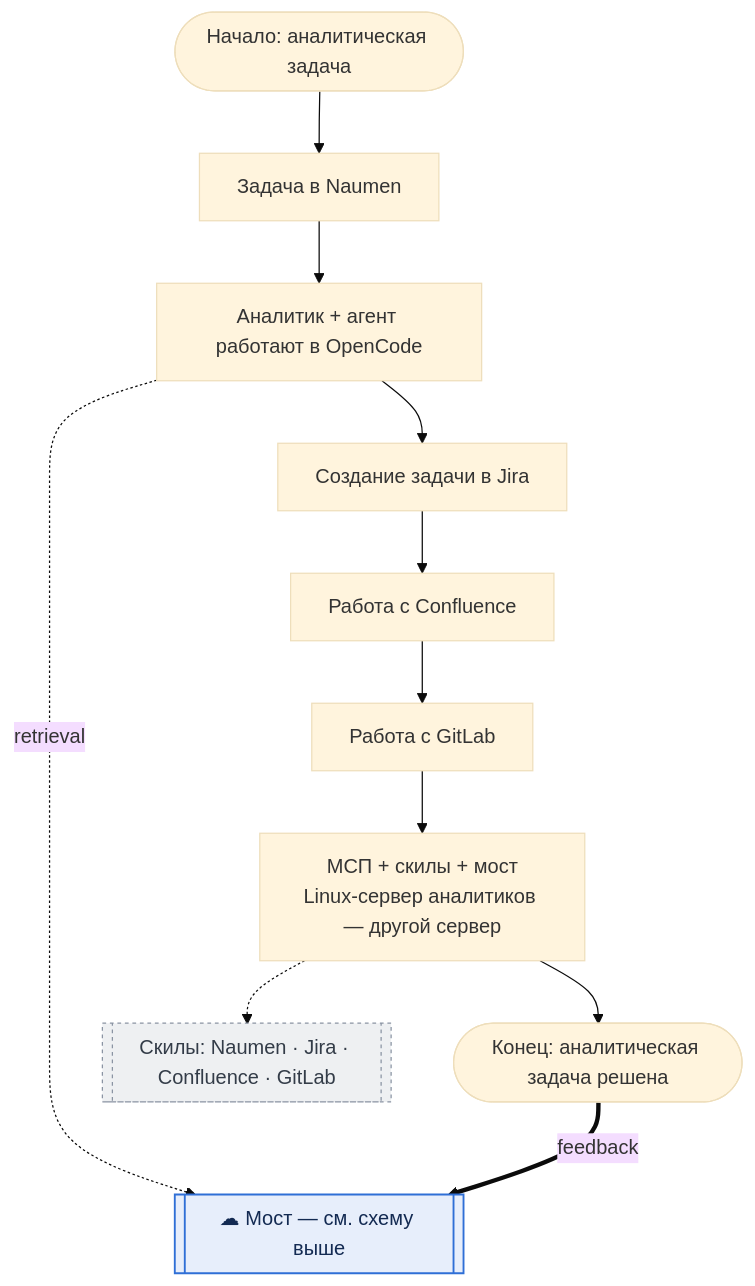
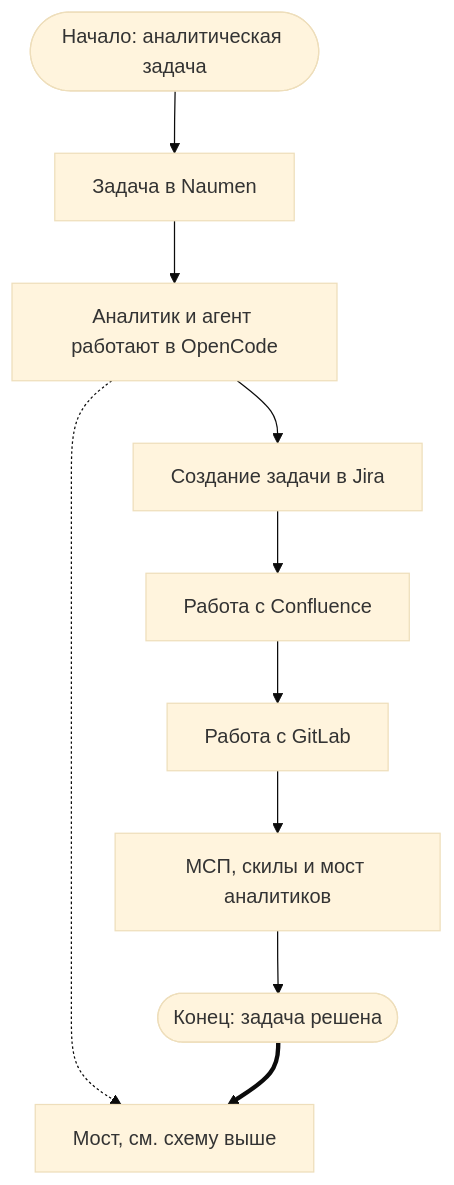
One commit to puginanatoly-stack/NeuroLink_1C changed the third of 3 diagrams in architecture/README.md. Above: the diagram before and after it, drawn with Mermaid (base theme). The commit also changed other lines of this file, not shown here.

First line of the commit message:
Simplify mermaid diagrams for GitHub rendering compatibility

````diff
--- a/architecture/README.md
+++ b/architecture/README.md
@@ -77,20 +69,12 @@
 ```mermaid
 flowchart TB
-    STARTB(["Начало: аналитическая задача"]) --> NAUMEN["Задача в Naumen"]
-    NAUMEN --> WRITE_B["Аналитик + агент работают в OpenCode"]
-    WRITE_B --> JIRA["Создание задачи в Jira"]
-    JIRA --> CONF["Работа с Confluence"]
-    CONF --> GITLAB["Работа с GitLab"]
-    GITLAB --> BRIDGE_B["МСП + скилы + мост<br/>Linux-сервер аналитиков — другой сервер"]
-    BRIDGE_B --> ENDOKB(["Конец: аналитическая задача решена"])
-
-    CLOUD_B[["☁ Мост — см. схему выше"]]
-    WRITE_B -. retrieval .-> CLOUD_B
-    ENDOKB ==>|feedback| CLOUD_B
-    BRIDGE_B -.-> SKILLSB[["Скилы: Naumen · Jira · Confluence · GitLab"]]
-
-    classDef cloud fill:#e7eefb,stroke:#2f6fd6,color:#132a52,stroke-width:1.5px;
-    classDef detail fill:#eef0f2,stroke:#8a94a3,color:#333c48,stroke-width:1px,stroke-dasharray:3 3;
-    class CLOUD_B cloud;
-    class SKILLSB detail;
+    STARTB([Начало: аналитическая задача]) --> NAUMEN[Задача в Naumen]
+    NAUMEN --> WRITE_B[Аналитик и агент работают в OpenCode]
+    WRITE_B --> JIRA[Создание задачи в Jira]
+    JIRA --> CONF[Работа с Confluence]
+    CONF --> GITLAB[Работа с GitLab]
+    GITLAB --> BRIDGE_B[МСП, скилы и мост аналитиков]
+    BRIDGE_B --> ENDOKB([Конец: задача решена])
+    WRITE_B -.-> CLOUD_B[Мост, см. схему выше]
+    ENDOKB ==> CLOUD_B
 ```
````
